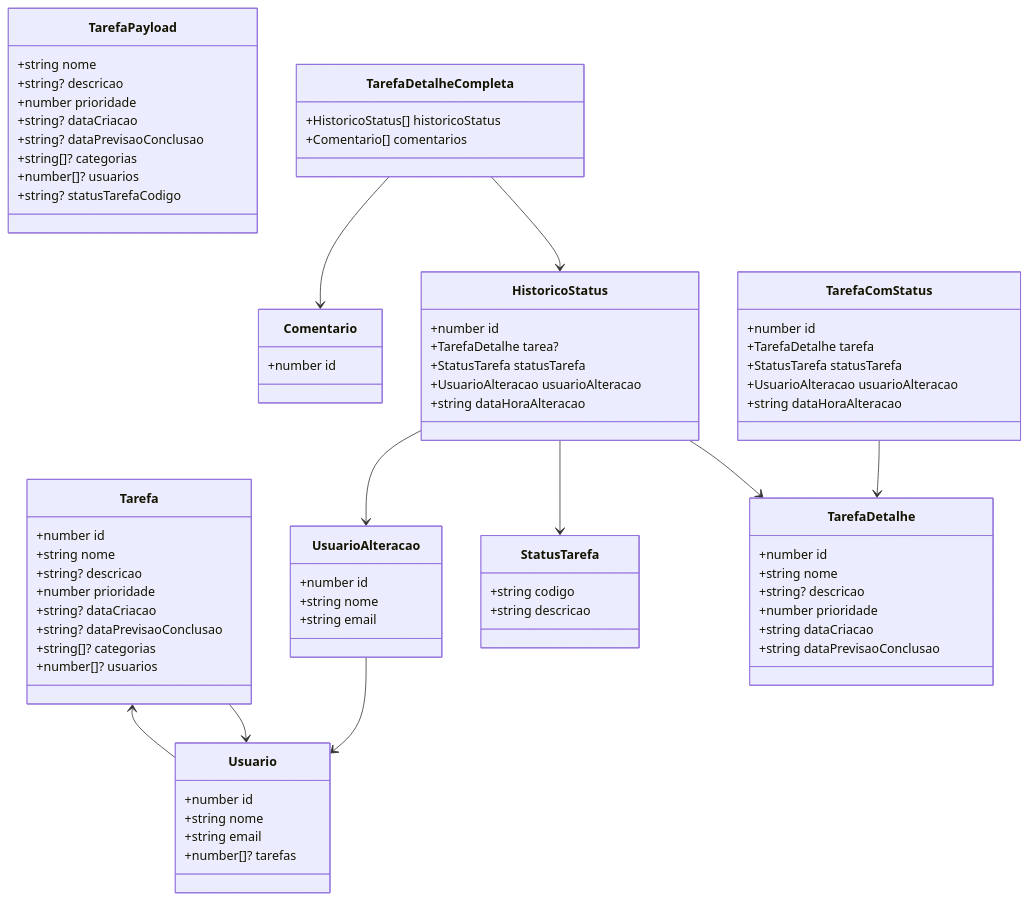
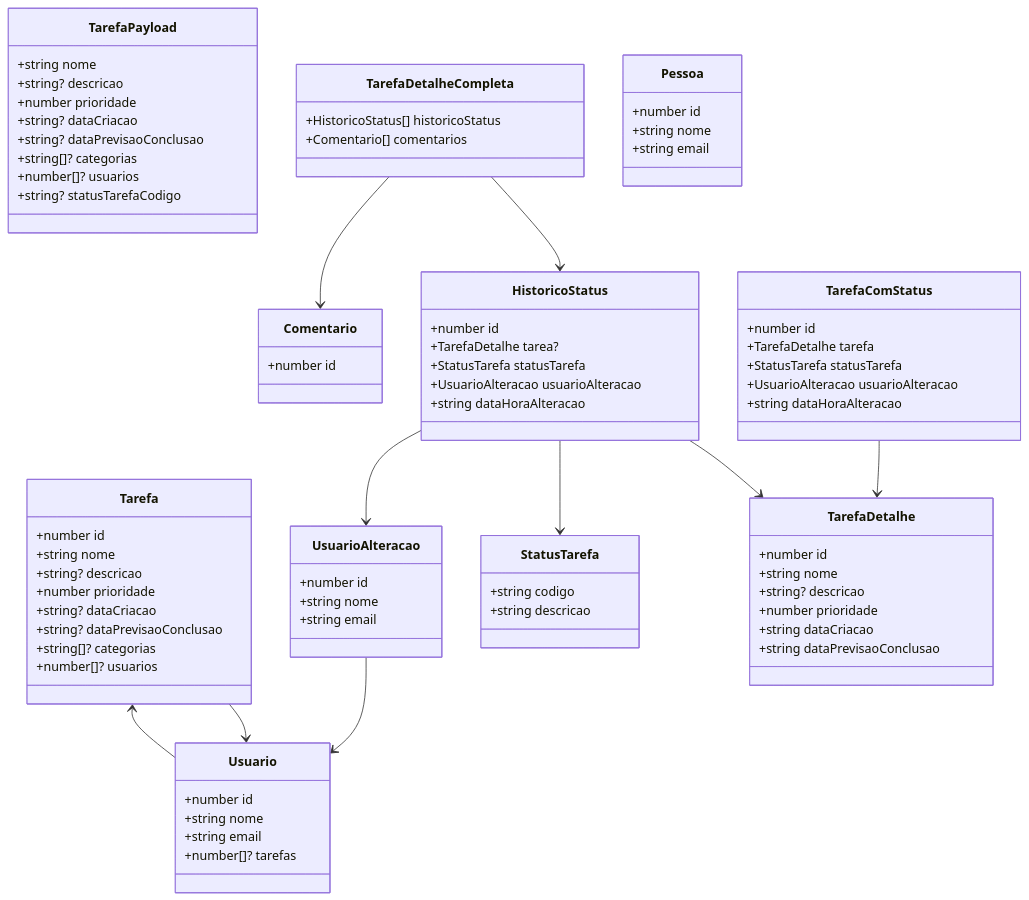
Before and after one commit to gustavocontabeis/sddflow-backend: the second of 2 diagrams in src/main/resources/prompts/system-prompt.md, drawn with Mermaid. The commit also changed other lines of this file and 1 other file, not shown here.

```diff
--- a/src/main/resources/prompts/system-prompt.md
+++ b/src/main/resources/prompts/system-prompt.md
@@ -381,6 +403,12 @@
         +number[]? tarefas
     }
 
+    class Pessoa {
+        +number id
+        +string nome
+        +string email
+    }
+
     TarefaComStatus --> TarefaDetalhe
     TarefaDetalheCompleta --> HistoricoStatus
     TarefaDetalheCompleta --> Comentario
```
